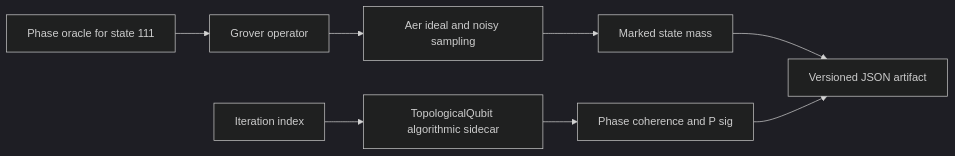
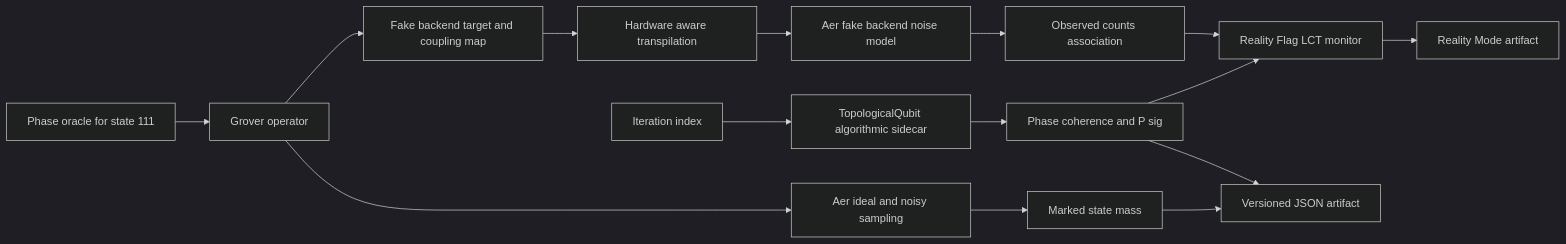
Before and after one commit to samajonathan9-source/Algorithmes-quantique-Ratiss-labs-: the diagram in docs/ARCHITECTURE.md, drawn with Mermaid (dark theme). The commit also changed other lines of this file and 14 other files, not shown here.

Commit message:
feat: add hardware-aware Grover reality mode

````diff
--- a/docs/ARCHITECTURE.md
+++ b/docs/ARCHITECTURE.md
@@ -3,10 +3,17 @@
 ```mermaid
 flowchart LR
   A[Phase oracle for state 111] --> B[Grover operator]
   B --> C[Aer ideal and noisy sampling]
   C --> D[Marked state mass]
   E[Iteration index] --> F[TopologicalQubit algorithmic sidecar]
   F --> G[Phase coherence and P sig]
+  B --> I[Fake backend target and coupling map]
+  I --> J[Hardware aware transpilation]
+  J --> K[Aer fake backend noise model]
+  K --> L[Observed counts association]
+  G --> M[Reality Flag LCT monitor]
+  L --> M
   D --> H[Versioned JSON artifact]
   G --> H
+  M --> N[Reality Mode artifact]
 ```
````
